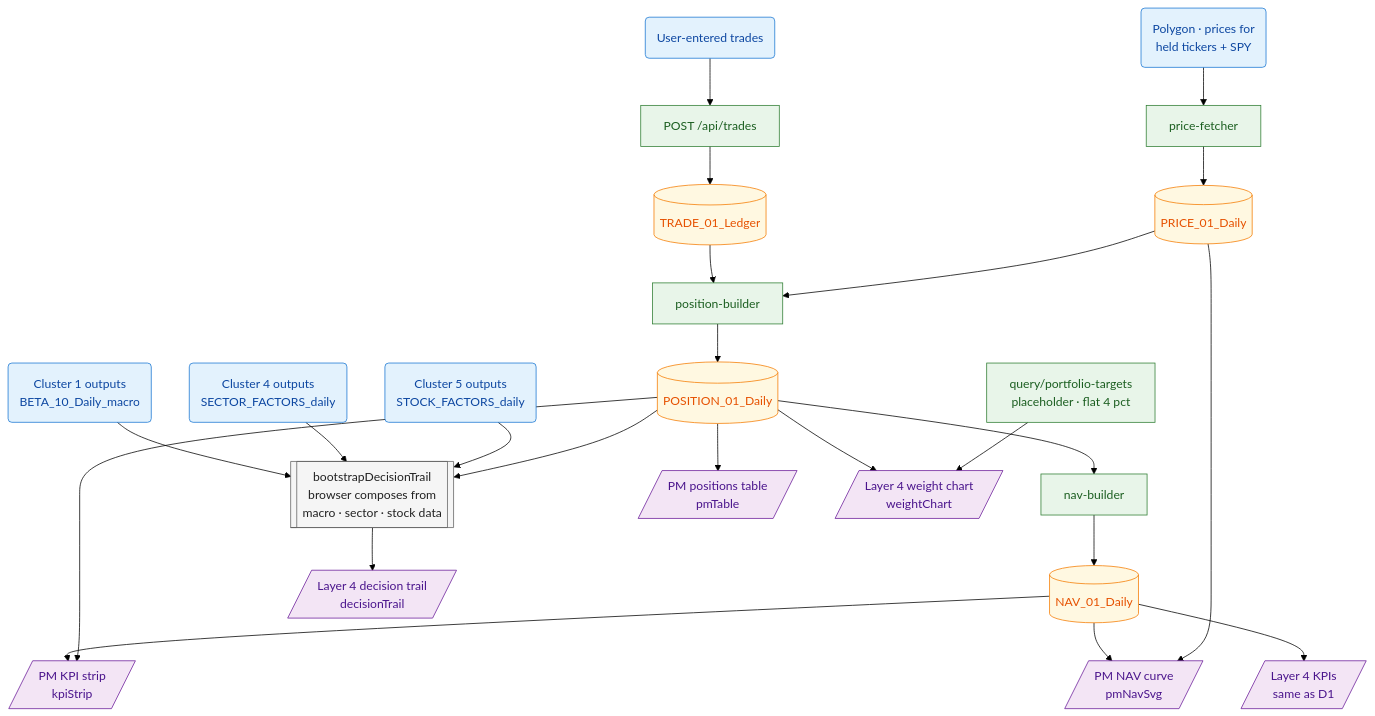
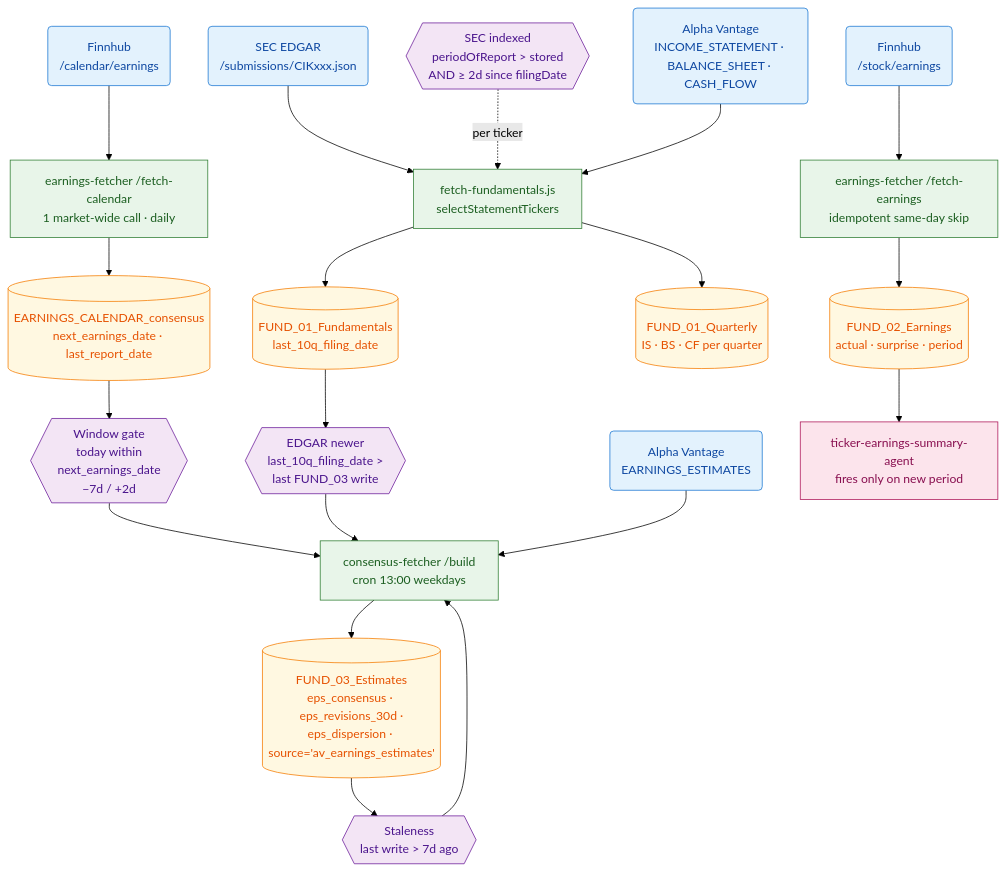
The fifth of 6 diagrams in docs/SYSTEM_REFERENCE.md (grodcas/Hedge-Portfolio), drawn with Mermaid (forest theme) before and after one commit. The commit also changed other lines of this file and 29 other files, not shown here.

````diff
--- a/docs/SYSTEM_REFERENCE.md
+++ b/docs/SYSTEM_REFERENCE.md
@@ -546,57 +254,49 @@
 ```mermaid
 flowchart TD
-    R1(User-entered trades):::src
-    R2(Polygon · prices for<br/>held tickers + SPY):::src
-    R3(Cluster 1 outputs<br/>BETA_10_Daily_macro):::src
-    R4(Cluster 4 outputs<br/>SECTOR_FACTORS_daily):::src
-    R5(Cluster 5 outputs<br/>STOCK_FACTORS_daily):::src
+    R1(Finnhub<br/>/calendar/earnings):::src
+    R2(SEC EDGAR<br/>/submissions/CIKxxx.json):::src
+    R3(Alpha Vantage<br/>EARNINGS_ESTIMATES):::src
+    R4(Alpha Vantage<br/>INCOME_STATEMENT · BALANCE_SHEET · CASH_FLOW):::src
+    R5(Finnhub<br/>/stock/earnings):::src
 
-    C1[POST /api/trades]:::code
-    C2[price-fetcher]:::code
-    C3[position-builder]:::code
-    C4[nav-builder]:::code
-    C5[query/portfolio-targets<br/>placeholder · flat 4 pct]:::code
+    C1[earnings-fetcher /fetch-calendar<br/>1 market-wide call · daily]:::code
+    C2[fetch-fundamentals.js<br/>selectStatementTickers]:::code
+    C3[consensus-fetcher /build<br/>cron 13:00 weekdays]:::code
+    C4[earnings-fetcher /fetch-earnings<br/>idempotent same-day skip]:::code
 
-    T1[(TRADE_01_Ledger)]:::db
-    T2[(PRICE_01_Daily)]:::db
-    T3[(POSITION_01_Daily)]:::db
-    T4[(NAV_01_Daily)]:::db
+    T1[(EARNINGS_CALENDAR_consensus<br/>next_earnings_date · last_report_date)]:::db
+    T2[(FUND_01_Fundamentals<br/>last_10q_filing_date)]:::db
+    T3[(FUND_03_Estimates<br/>eps_consensus · eps_revisions_30d ·<br/>eps_dispersion · source='av_earnings_estimates')]:::db
+    T4[(FUND_01_Quarterly<br/>IS · BS · CF per quarter)]:::db
+    T5[(FUND_02_Earnings<br/>actual · surprise · period)]:::db
 
-    A1[[bootstrapDecisionTrail<br/>browser composes from<br/>macro · sector · stock data]]:::agentDet
-
-    D1[/PM KPI strip<br/>kpiStrip/]:::ui
-    D2[/PM NAV curve<br/>pmNavSvg/]:::ui
-    D3[/PM positions table<br/>pmTable/]:::ui
-    D4[/Layer 4 KPIs<br/>same as D1/]:::ui
-    D5[/Layer 4 weight chart<br/>weightChart/]:::ui
-    D6[/Layer 4 decision trail<br/>decisionTrail/]:::ui
+    G1{{Window gate<br/>today within<br/>next_earnings_date<br/>−7d / +2d}}:::gate
+    G2{{EDGAR newer<br/>last_10q_filing_date ><br/>last FUND_03 write}}:::gate
+    G3{{Staleness<br/>last write &gt; 7d ago}}:::gate
+    G4{{SEC indexed<br/>periodOfReport > stored<br/>AND ≥ 2d since filingDate}}:::gate
 
     R1 --> C1 --> T1
-    R2 --> C2 --> T2
-    T1 --> C3
-    T2 --> C3
+    R2 --> C2
+    G4 -.->|"per ticker"| C2
+    C2 --> T2
+    R4 --> C2
+    C2 --> T4
+
+    T1 --> G1
+    T2 --> G2
+    T3 --> G3
+    G1 --> C3
+    G2 --> C3
+    G3 --> C3
+    R3 --> C3
     C3 --> T3
-    T3 --> C4 --> T4
 
-    T4 --> D1
-    T3 --> D1
-    T4 --> D2
-    T2 --> D2
-    T3 --> D3
-    T4 --> D4
-    T3 --> D5
-    C5 --> D5
-
-    R3 --> A1
-    R4 --> A1
-    R5 --> A1
-    T3 --> A1
-    A1 --> D6
+    R5 --> C4 --> T5
+    T5 --> AGT[ticker-earnings-summary-agent<br/>fires only on new period]:::agent
 
     classDef src fill:#e3f2fd,stroke:#1976d2,color:#0d47a1
     classDef code fill:#e8f5e9,stroke:#2e7d32,color:#1b5e20
     classDef db fill:#fff8e1,stroke:#f57c00,color:#e65100
-    classDef agentLLM fill:#fce4ec,stroke:#c2185b,color:#880e4f
-    classDef agentDet fill:#f5f5f5,stroke:#616161,color:#212121
-    classDef ui fill:#f3e5f5,stroke:#6a1b9a,color:#4a148c
+    classDef gate fill:#f3e5f5,stroke:#6a1b9a,color:#4a148c
+    classDef agent fill:#fce4ec,stroke:#ad1457,color:#880e4f
 ```
````
